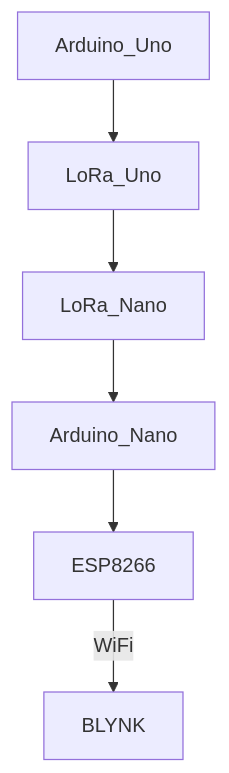
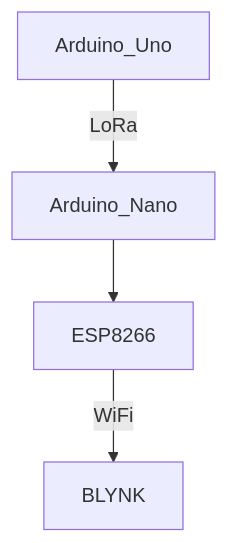
Before and after one commit to william60302/IoT_Team2: the first of 2 diagrams in README.md, drawn with Mermaid.

````diff
--- a/README.md
+++ b/README.md
@@ -28,8 +28,6 @@
 ```mermaid
 graph TD;
-    Arduino_Uno-->LoRa_Uno;
-    LoRa_Uno-->LoRa_Nano
-    LoRa_Nano-->Arduino_Nano;
+    Arduino_Uno-- LoRa -->Arduino_Nano;
     Arduino_Nano-->ESP8266;
     ESP8266-- WiFi -->BLYNK
 ```
````
